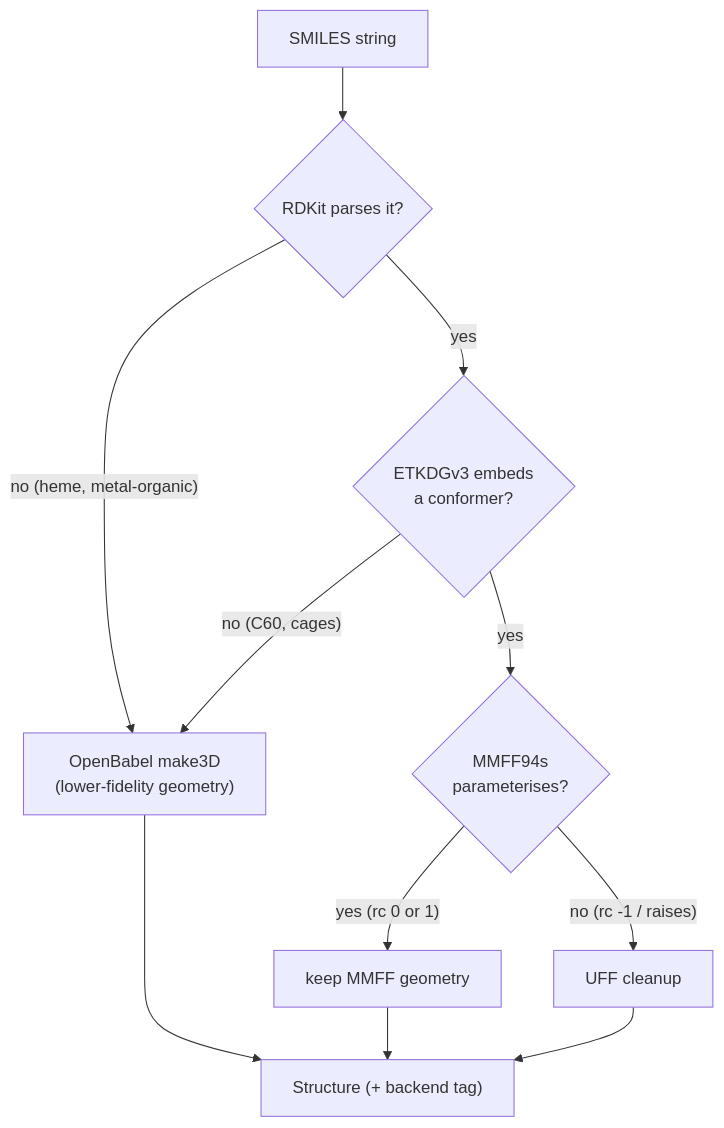
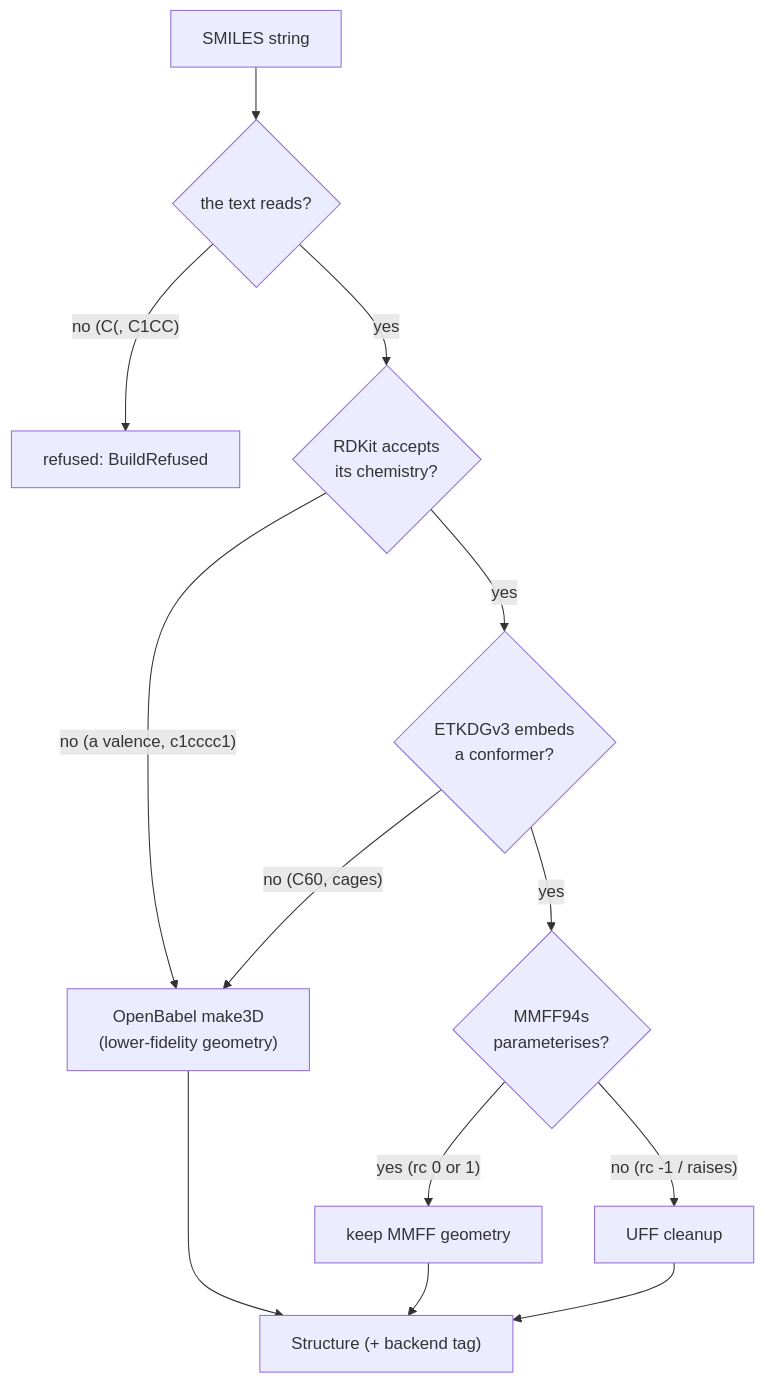
One commit to Qing-LAB/molbuilder changed the fourth of 4 diagrams in docs/engines/builders.md. Above: the diagram before and after it, drawn with Mermaid. The commit also changed other lines of this file and 55 other files, not shown here.

````diff
--- a/docs/engines/builders.md
+++ b/docs/engines/builders.md
@@ -325,13 +470,15 @@
 ```mermaid
 flowchart TD
-    S["SMILES string"] --> P{"RDKit parses it?"}
-    P -->|"no (heme, metal-organic)"| OB["OpenBabel make3D<br/>(lower-fidelity geometry)"]
+    S["SMILES string"] --> R{"the text reads?"}
+    R -->|"no (C(, C1CC)"| X["refused: BuildRefused"]
+    R -->|yes| P{"RDKit accepts<br/>its chemistry?"}
+    P -->|"no (a valence, c1cccc1)"| OB["OpenBabel make3D<br/>(lower-fidelity geometry)"]
     P -->|yes| E{"ETKDGv3 embeds<br/>a conformer?"}
     E -->|"no (C60, cages)"| OB
     E -->|yes| MM{"MMFF94s<br/>parameterises?"}
     MM -->|"yes (rc 0 or 1)"| KEEP["keep MMFF geometry"]
     MM -->|"no (rc -1 / raises)"| UFF["UFF cleanup"]
     KEEP --> ST["Structure (+ backend tag)"]
     UFF --> ST
     OB --> ST
 ```
````
